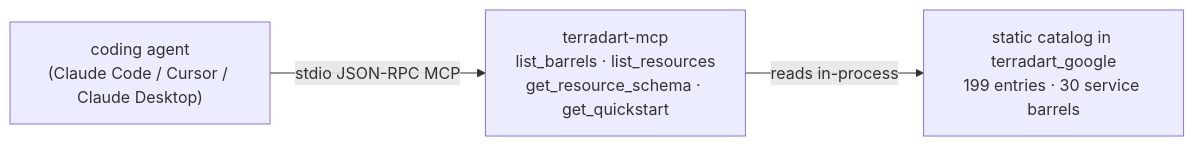
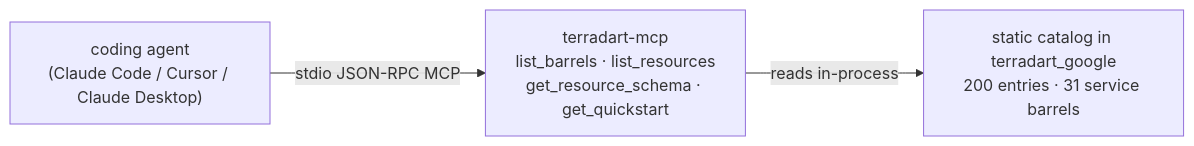
The diagram in website/src/content/docs/docs/agent/index.md (nozomi-koborinai/terradart), drawn with Mermaid before and after one commit. The commit also changed other lines of this file and 67 other files, not shown here.

````diff
--- a/website/src/content/docs/docs/agent/index.md
+++ b/website/src/content/docs/docs/agent/index.md
@@ -12,8 +12,8 @@
 ```mermaid
 graph LR
   agent["coding agent<br/>(Claude Code / Cursor / Claude Desktop)"]
   mcp["terradart-mcp<br/>list_barrels · list_resources<br/>get_resource_schema · get_quickstart"]
-  catalog["static catalog in terradart_google<br/>199 entries · 30 service barrels"]
+  catalog["static catalog in terradart_google<br/>200 entries · 31 service barrels"]
   agent -->|stdio JSON-RPC MCP| mcp
   mcp -->|reads in-process| catalog
 ```
````
